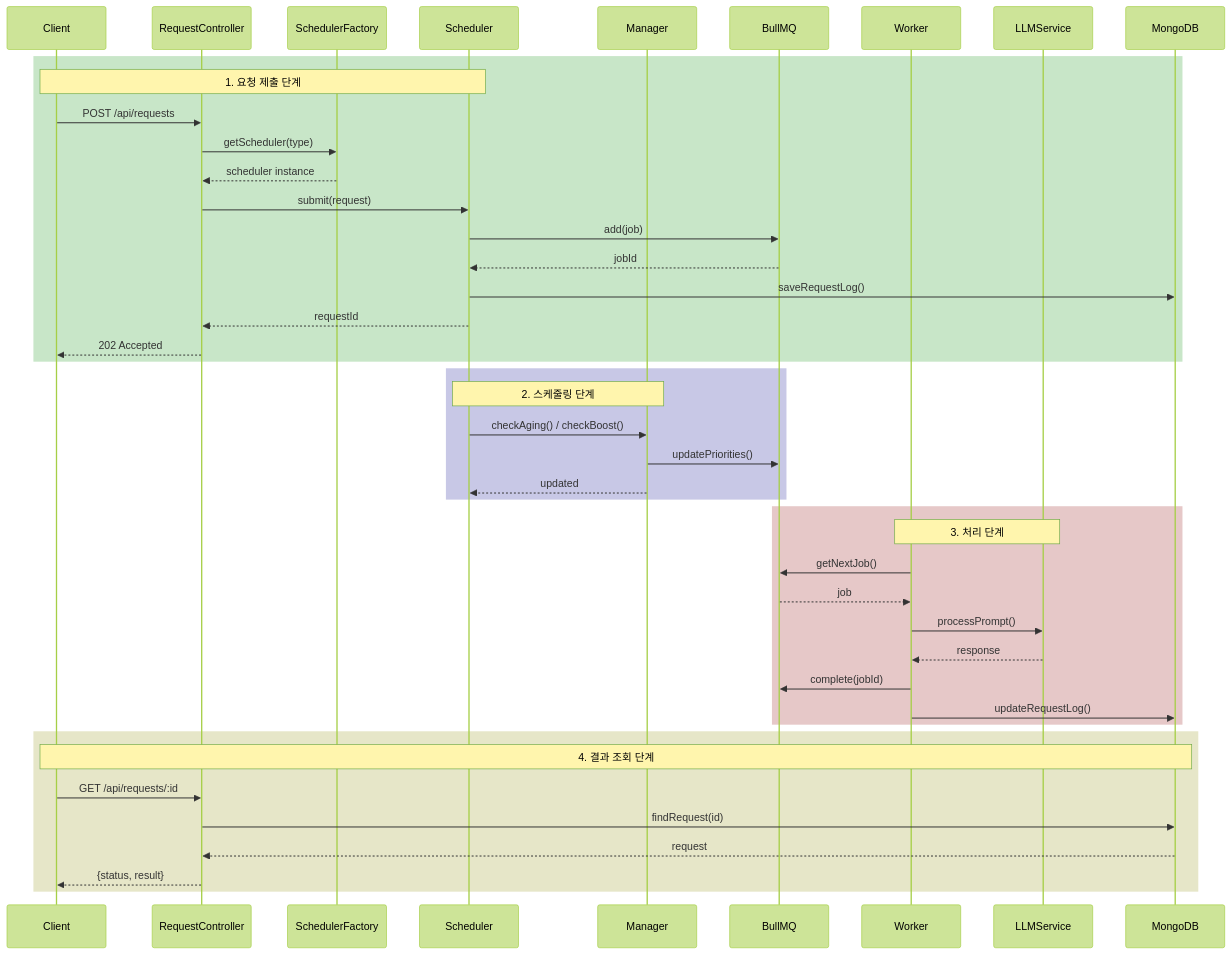
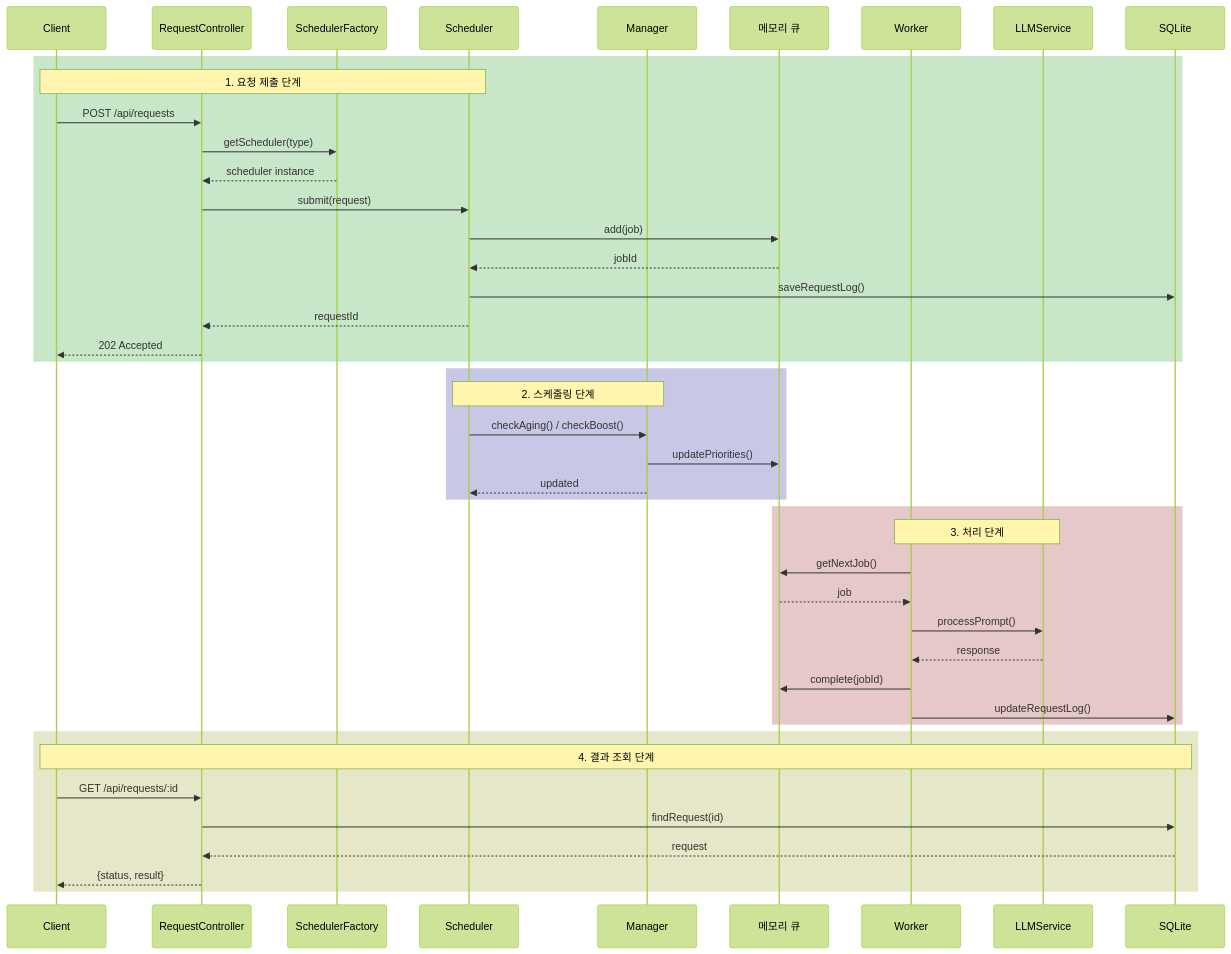
One commit to seominji-dev/graduation-project changed the diagram in 03-report/learning-materials/diagrams/component-interactions.mmd. Above: the diagram before and after it, drawn with Mermaid (forest theme). The commit also changed 22 other files, not shown here.

First line of the commit message:
refactor: 전체 문서 기술 스택 통일 (JavaScript/SQLite/메모리 큐)

```diff
--- a/03-report/learning-materials/diagrams/component-interactions.mmd
+++ b/03-report/learning-materials/diagrams/component-interactions.mmd
@@ -1,55 +1,55 @@
 %% Component Interactions - Request Lifecycle
 %% Mermaid sequence diagram
 
 sequenceDiagram
     participant C as Client
     participant RC as RequestController
     participant SF as SchedulerFactory
     participant S as Scheduler
     participant M as Manager
-    participant Q as BullMQ
+    participant Q as 메모리 큐
     participant W as Worker
     participant LLM as LLMService
-    participant DB as MongoDB
+    participant DB as SQLite
 
     %% 요청 제출
     rect rgb(200, 230, 200)
         Note over C,S: 1. 요청 제출 단계
         C->>RC: POST /api/requests
         RC->>SF: getScheduler(type)
         SF-->>RC: scheduler instance
         RC->>S: submit(request)
         S->>Q: add(job)
         Q-->>S: jobId
         S->>DB: saveRequestLog()
         S-->>RC: requestId
         RC-->>C: 202 Accepted
     end
 
     %% 스케줄링
     rect rgb(200, 200, 230)
         Note over S,M: 2. 스케줄링 단계
         S->>M: checkAging() / checkBoost()
         M->>Q: updatePriorities()
         M-->>S: updated
     end
 
     %% 처리
     rect rgb(230, 200, 200)
         Note over W,LLM: 3. 처리 단계
         W->>Q: getNextJob()
         Q-->>W: job
         W->>LLM: processPrompt()
         LLM-->>W: response
         W->>Q: complete(jobId)
         W->>DB: updateRequestLog()
     end
 
     %% 결과 조회
     rect rgb(230, 230, 200)
         Note over C,DB: 4. 결과 조회 단계
         C->>RC: GET /api/requests/:id
         RC->>DB: findRequest(id)
         DB-->>RC: request
         RC-->>C: {status, result}
     end
```
